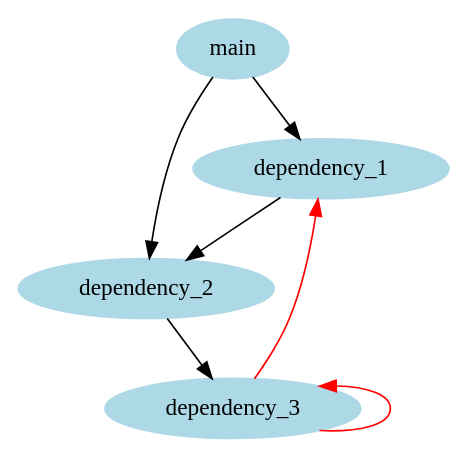
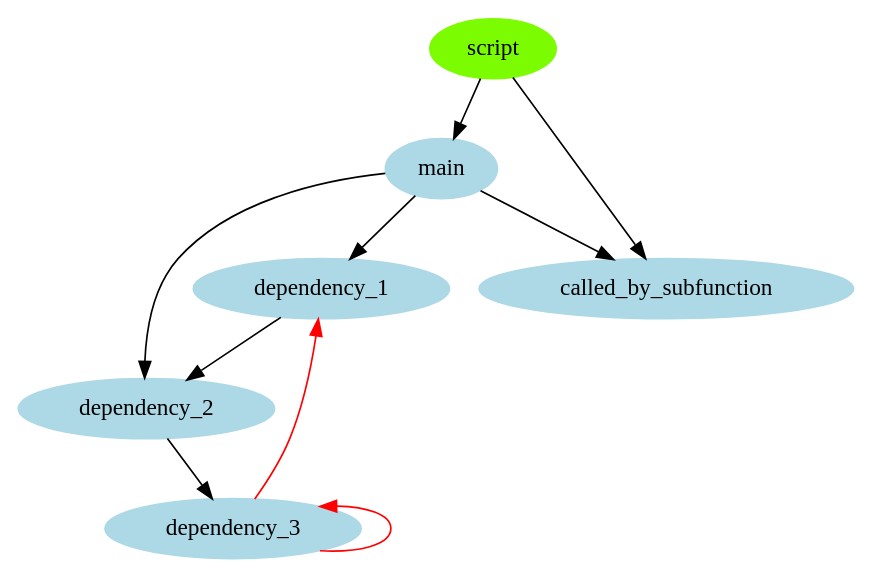
Before and after one commit to KaeroDot/mDepGen: the diagram in readme_figures/readme_fig6.dot, drawn with Graphviz. The commit also changed 22 other files, not shown here.

```diff
--- a/readme_figures/readme_fig6.dot
+++ b/readme_figures/readme_fig6.dot
@@ -1,16 +1,21 @@
 /* Generated by mDepGen */
 digraph dep {
 node [shape = oval];
 /* start of shape definitions */
+"script" [color=lawngreen, style=filled];
 "main" [color=lightblue, style=filled];
 "dependency_1" [color=lightblue, style=filled];
 "dependency_2" [color=lightblue, style=filled];
 "dependency_3" [color=lightblue, style=filled];
+"called_by_subfunction" [color=lightblue, style=filled];
 /* end of shape definitions */
+"script" -> "main" ;
 "main" -> "dependency_1" ;
 "dependency_1" -> "dependency_2" ;
 "dependency_2" -> "dependency_3" ;
 "dependency_3" -> "dependency_1"  [color=red];
 "dependency_3" -> "dependency_3"  [color=red dir=back];
 "main" -> "dependency_2" ;
+"main" -> "called_by_subfunction" ;
+"script" -> "called_by_subfunction" ;
 }
```
